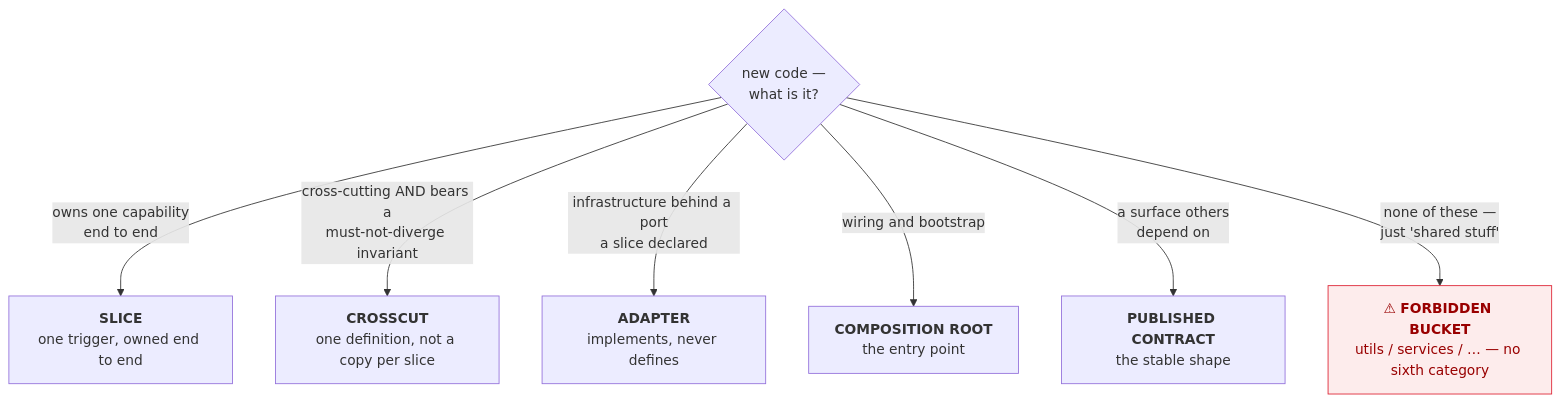
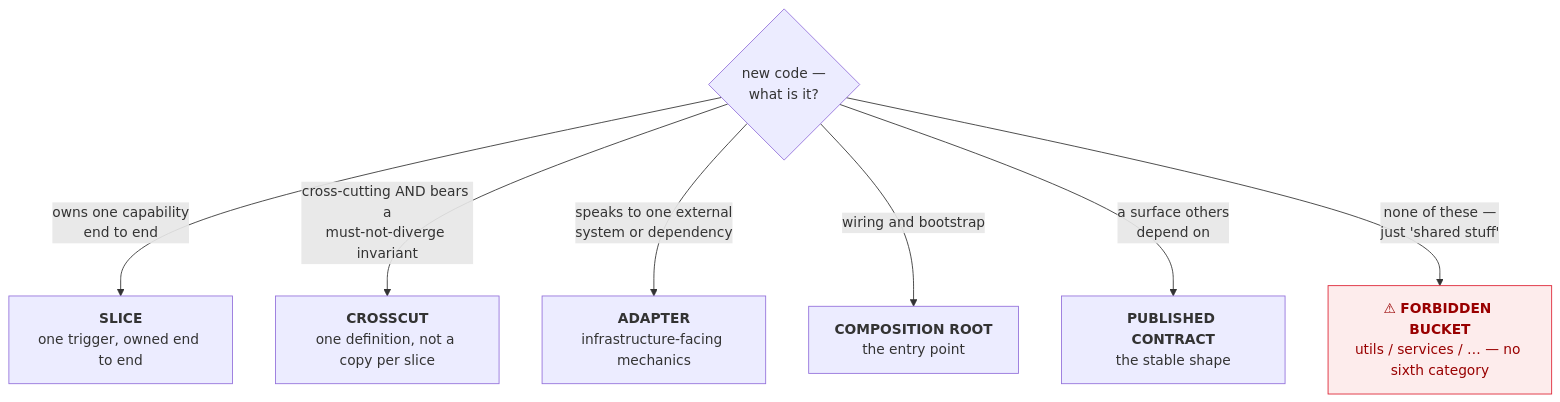
The first of 2 diagrams in CONVENTIONS.md (throw-if-null/coral), drawn with Mermaid before and after one commit. The commit also changed other lines of this file and 3 other files, not shown here.

````diff
--- a/CONVENTIONS.md
+++ b/CONVENTIONS.md
@@ -168,12 +178,12 @@
 ```mermaid
 flowchart TD
   Q{"new code —<br/>what is it?"}
   Q -->|"owns one capability<br/>end to end"| SLICE["<b>SLICE</b><br/>one trigger, owned end to end"]
   Q -->|"cross-cutting AND bears a<br/>must-not-diverge invariant"| XC["<b>CROSSCUT</b><br/>one definition, not a copy per slice"]
-  Q -->|"infrastructure behind a port<br/>a slice declared"| AD["<b>ADAPTER</b><br/>implements, never defines"]
+  Q -->|"speaks to one external<br/>system or dependency"| AD["<b>ADAPTER</b><br/>infrastructure-facing mechanics"]
   Q -->|"wiring and bootstrap"| ROOT["<b>COMPOSITION ROOT</b><br/>the entry point"]
   Q -->|"a surface others<br/>depend on"| CT["<b>PUBLISHED CONTRACT</b><br/>the stable shape"]
   Q -->|"none of these —<br/>just 'shared stuff'"| BAD["⚠ <b>FORBIDDEN BUCKET</b><br/>utils / services / … — no sixth category"]
   class BAD bad
   classDef bad fill:#fdecec,stroke:#d23,color:#900
 ```
````
